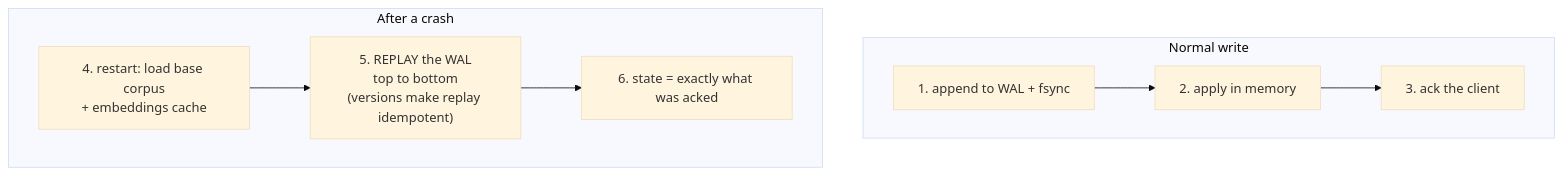
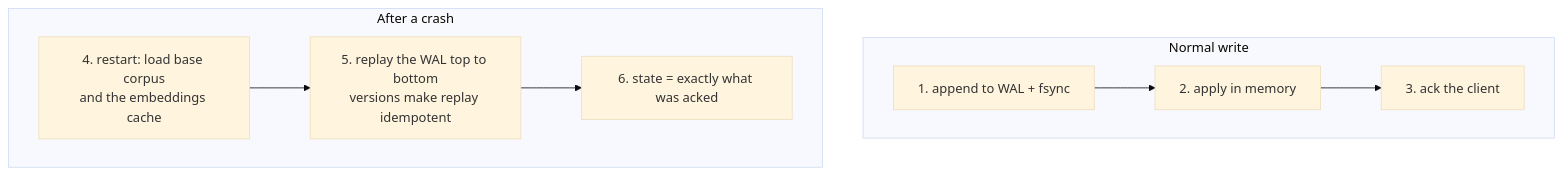
The fifth of 8 diagrams in docs/from_zero/07_part_b_distributed.md (node31/fiqa-agentic-retrieval), drawn with Mermaid (base theme) before and after one commit. The commit also changed other lines of this file and 9 other files, not shown here.

````diff
--- a/docs/from_zero/07_part_b_distributed.md
+++ b/docs/from_zero/07_part_b_distributed.md
@@ -338,10 +209,10 @@
 ```mermaid
 flowchart TB
     subgraph normal["Normal write"]
       A1["1. append to WAL + fsync"] --> A2["2. apply in memory"] --> A3["3. ack the client"]
     end
     subgraph crash["After a crash"]
-      B1["4. restart: load base corpus<br/>+ embeddings cache"] --> B2["5. REPLAY the WAL<br/>top to bottom<br/>(versions make replay idempotent)"]
+      B1["4. restart: load base corpus<br/>and the embeddings cache"] --> B2["5. replay the WAL top to bottom<br/>versions make replay idempotent"]
       B2 --> B3["6. state = exactly what was acked"]
     end
 ```
````
